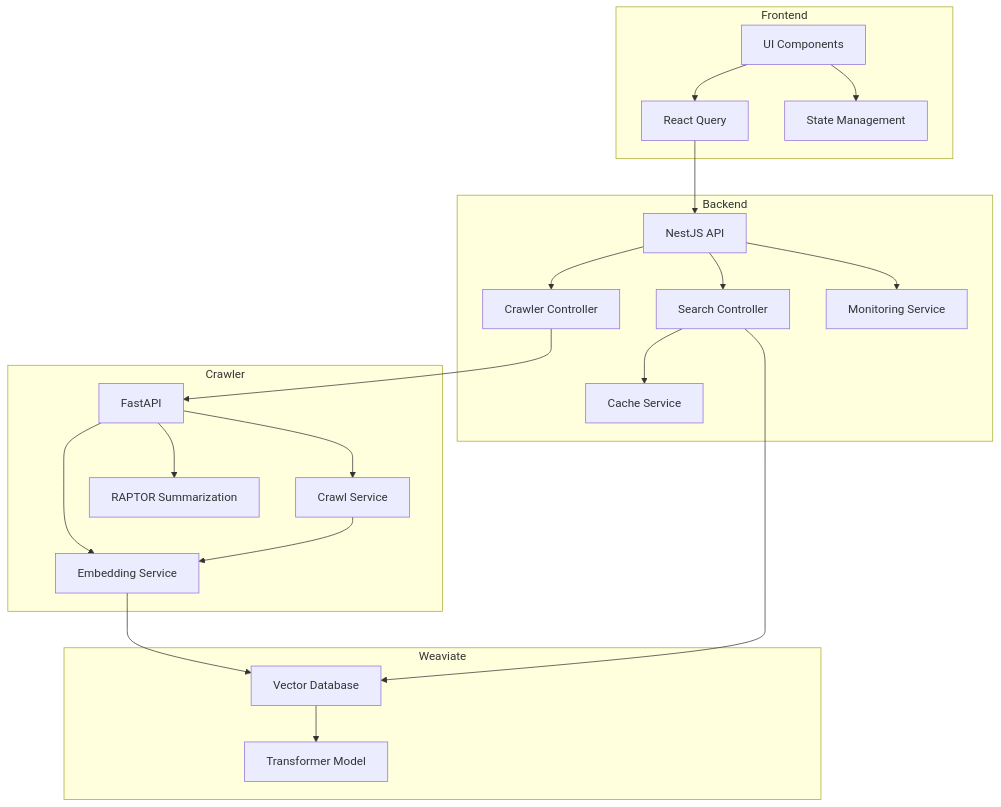
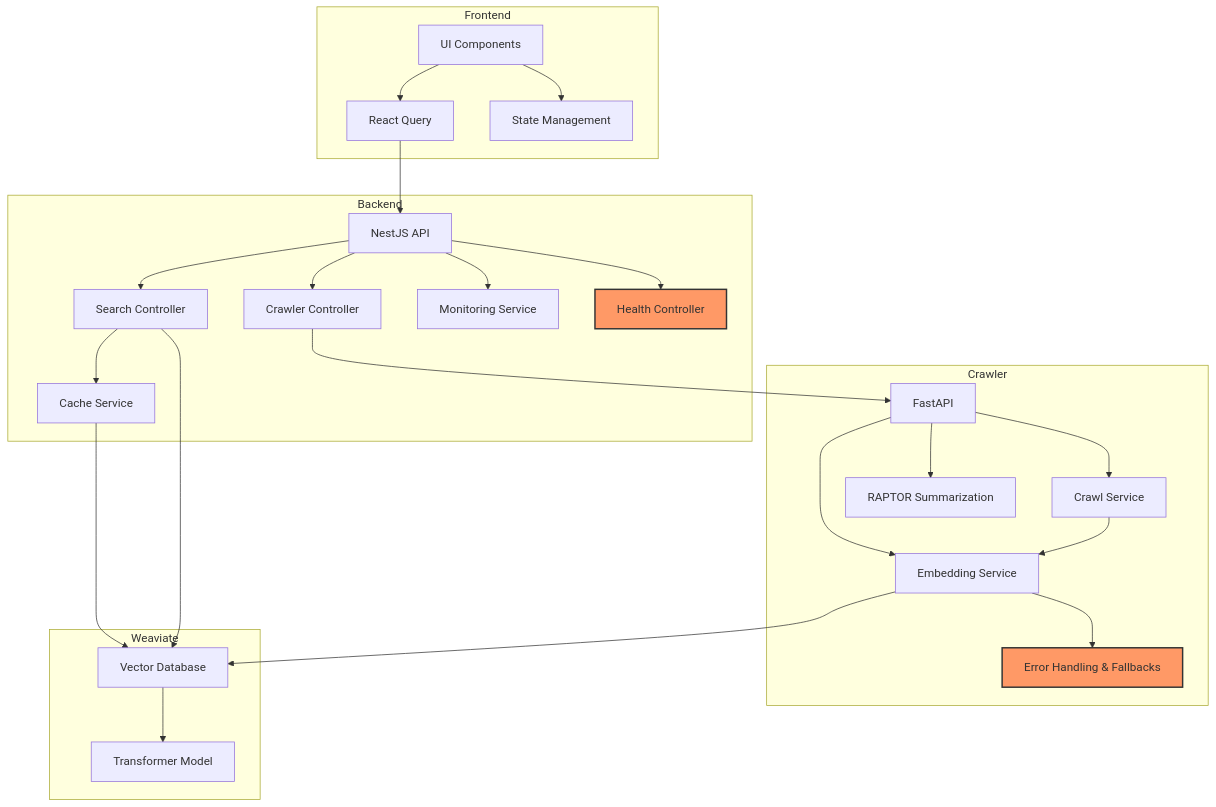
The third of 5 diagrams in README.md (JtPerez-Acle/RaptorDocu), drawn with Mermaid before and after one commit. The commit also changed other lines of this file and 35 other files, not shown here.

````diff
--- a/README.md
+++ b/README.md
@@ -100,47 +141,56 @@
 ```mermaid
 flowchart TD
     subgraph Frontend
         UI[UI Components]
         ReactQuery[React Query]
         Zustand[State Management]
     end
     
     subgraph Backend
         NestJS[NestJS API]
         SearchController[Search Controller]
         CrawlerController[Crawler Controller]
         MonitoringService[Monitoring Service]
         CacheService[Cache Service]
+        HealthController[Health Controller]
     end
     
     subgraph Crawler
         FastAPI[FastAPI]
         CrawlService[Crawl Service]
         EmbeddingService[Embedding Service]
         SummarizationService[RAPTOR Summarization]
+        ErrorHandling[Error Handling & Fallbacks]
     end
     
     subgraph Weaviate
         VectorDB[Vector Database]
         Transformer[Transformer Model]
     end
     
     UI --> ReactQuery
     ReactQuery --> NestJS
     UI --> Zustand
     
     NestJS --> SearchController
     NestJS --> CrawlerController
     NestJS --> MonitoringService
+    NestJS --> HealthController
+    
     SearchController --> CacheService
+    CacheService --> VectorDB
     
     CrawlerController --> FastAPI
     FastAPI --> CrawlService
     FastAPI --> EmbeddingService
     FastAPI --> SummarizationService
     
+    EmbeddingService --> ErrorHandling
     CrawlService --> EmbeddingService
     EmbeddingService --> VectorDB
     SearchController --> VectorDB
     VectorDB --> Transformer
+    
+    class HealthController,ErrorHandling highlight
+    classDef highlight fill:#f96,stroke:#333,stroke-width:2px
 ```
````
